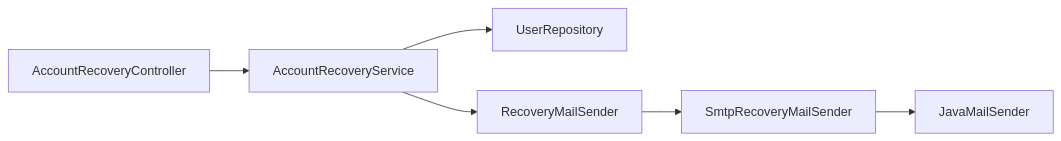
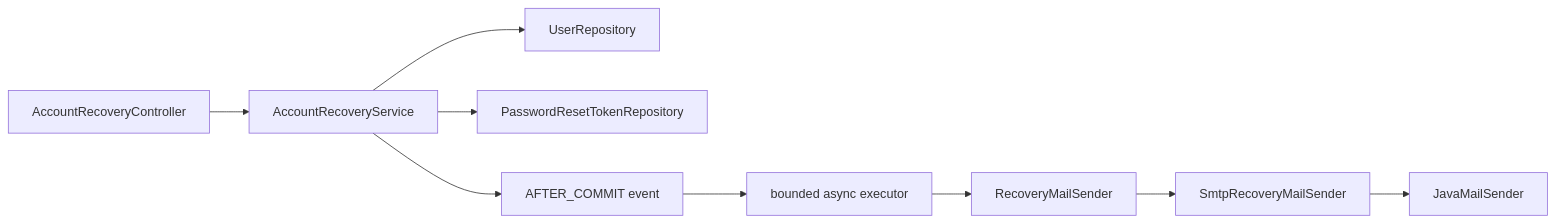
The second of 2 diagrams in docs/theory.md (stdiodh/spring-boot-db-access-lab), drawn with Mermaid before and after one commit. The commit also changed other lines of this file and 31 other files, not shown here.

````diff
--- a/docs/theory.md
+++ b/docs/theory.md
@@ -99,8 +103,11 @@
 ```mermaid
 flowchart LR
     A["AccountRecoveryController"] --> B["AccountRecoveryService"]
     B --> C["UserRepository"]
-    B --> D["RecoveryMailSender"]
-    D --> E["SmtpRecoveryMailSender"]
-    E --> F["JavaMailSender"]
+    B --> D["PasswordResetTokenRepository"]
+    B --> E["AFTER_COMMIT event"]
+    E --> F["bounded async executor"]
+    F --> G["RecoveryMailSender"]
+    G --> H["SmtpRecoveryMailSender"]
+    H --> I["JavaMailSender"]
 ```
````
